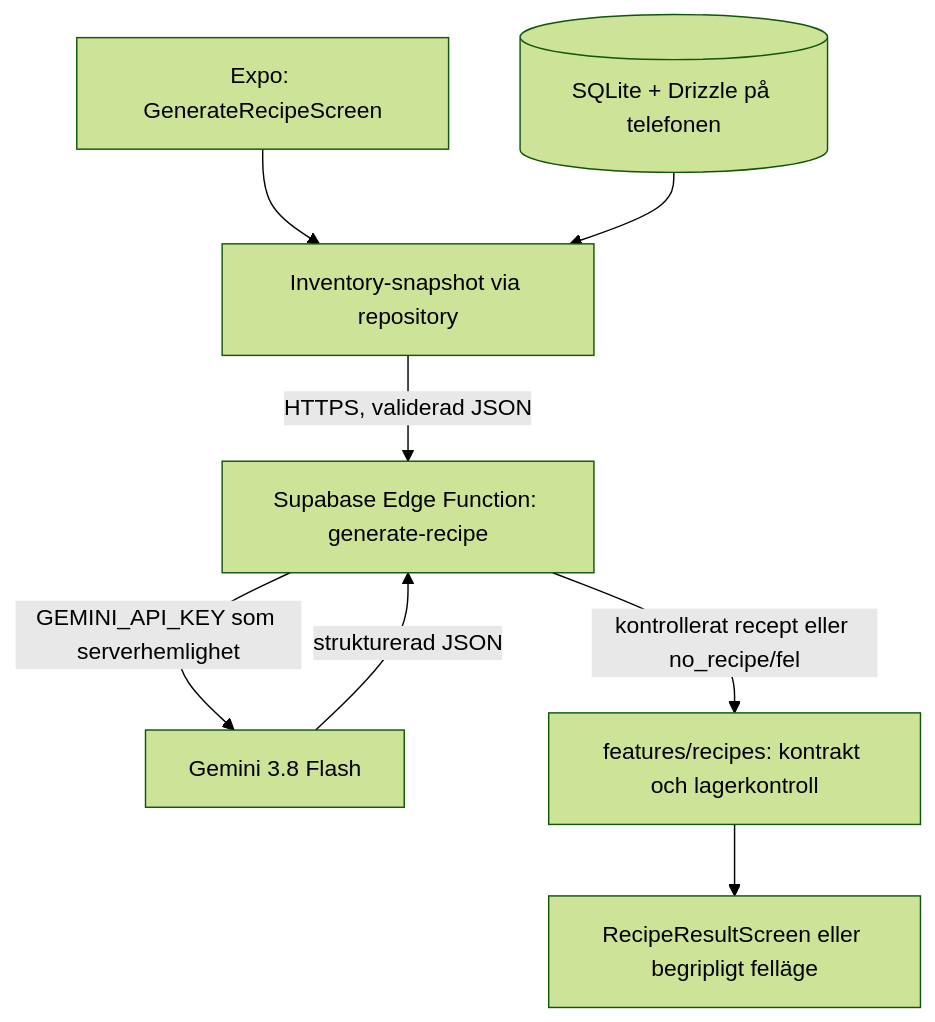
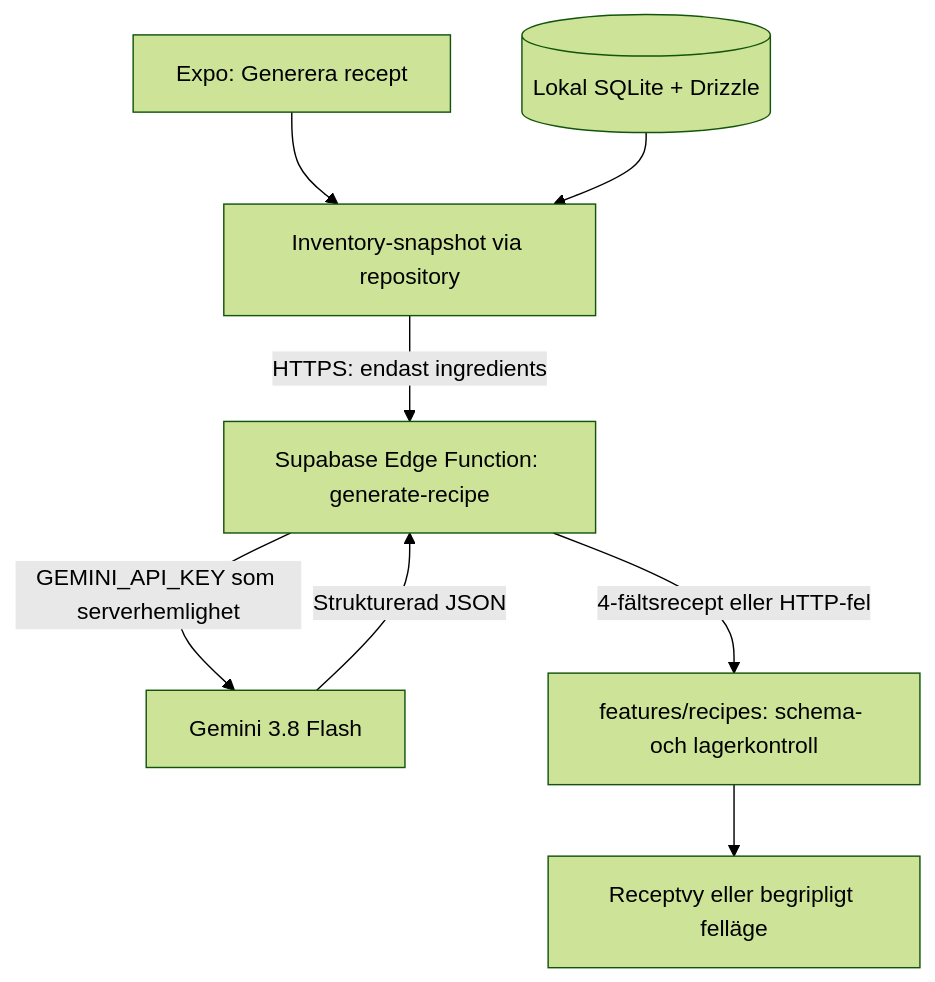
The diagram in docs/ai-integration.md (BnL-Studios/im-hungry), drawn with Mermaid (forest theme) before and after one commit. The commit also changed other lines of this file, not shown here.

Commit message:
docs: simplify AI v1 request to ingredients and response to four fields

````diff
--- a/docs/ai-integration.md
+++ b/docs/ai-integration.md
@@ -20,10 +22,10 @@
 ```mermaid
 flowchart TD
-  UI[Expo: GenerateRecipeScreen] --> SNAP[Inventory-snapshot via repository]
-  SNAP -->|HTTPS, validerad JSON| EDGE[Supabase Edge Function: generate-recipe]
+  UI[Expo: Generera recept] --> SNAP[Inventory-snapshot via repository]
+  DB[(Lokal SQLite + Drizzle)] --> SNAP
+  SNAP -->|HTTPS: endast ingredients| EDGE[Supabase Edge Function: generate-recipe]
   EDGE -->|GEMINI_API_KEY som serverhemlighet| GEM[Gemini 3.8 Flash]
-  GEM -->|strukturerad JSON| EDGE
-  EDGE -->|kontrollerat recept eller no_recipe/fel| CLIENT[features/recipes: kontrakt och lagerkontroll]
-  CLIENT --> RESULT[RecipeResultScreen eller begripligt felläge]
-  DB[(SQLite + Drizzle på telefonen)] --> SNAP
+  GEM -->|Strukturerad JSON| EDGE
+  EDGE -->|4-fältsrecept eller HTTP-fel| CLIENT[features/recipes: schema- och lagerkontroll]
+  CLIENT --> RESULT[Receptvy eller begripligt felläge]
 ```
````
